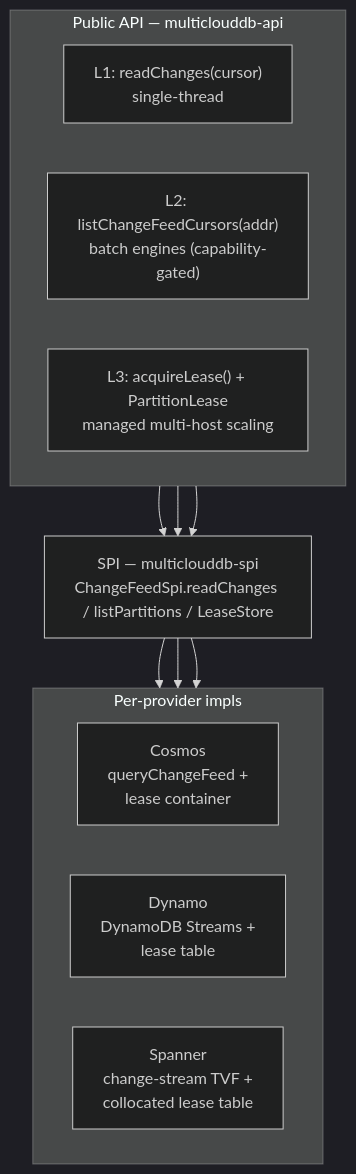
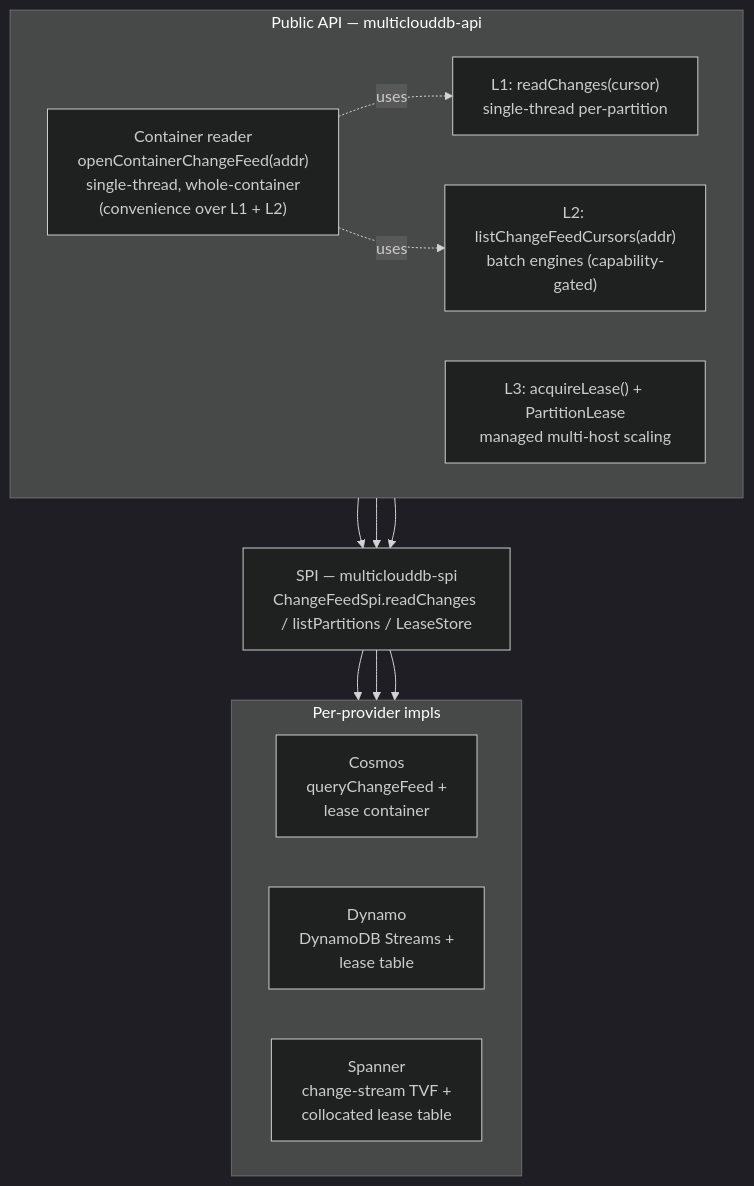
One commit to allenkim0129/multiclouddb-sdk-for-java changed the first of 4 diagrams in docs/research/scalable-change-feed-api.md. Above: the diagram before and after it, drawn with Mermaid (dark theme). The commit also changed other lines of this file, not shown here.

First line of the commit message:
docs(research): reshape scalable change-feed doc for design review

````diff
--- a/docs/research/scalable-change-feed-api.md
+++ b/docs/research/scalable-change-feed-api.md
@@ -99,22 +133,25 @@
 ```mermaid
 flowchart TB
     subgraph PUB["Public API — multiclouddb-api"]
         direction LR
-        L1["L1: readChanges(cursor)<br/>single-thread"]
+        CR["Container reader<br/>openContainerChangeFeed(addr)<br/>single-thread, whole-container<br/>(convenience over L1 + L2)"]
+        L1["L1: readChanges(cursor)<br/>single-thread per-partition"]
         L2["L2: listChangeFeedCursors(addr)<br/>batch engines (capability-gated)"]
         L3["L3: acquireLease() + PartitionLease<br/>managed multi-host scaling"]
     end
     SPI["SPI — multiclouddb-spi<br/>ChangeFeedSpi.readChanges / listPartitions / LeaseStore"]
     subgraph IMPL["Per-provider impls"]
         direction LR
         Cos["Cosmos<br/>queryChangeFeed +<br/>lease container"]
         Dyn["Dynamo<br/>DynamoDB Streams +<br/>lease table"]
         Spa["Spanner<br/>change-stream TVF +<br/>collocated lease table"]
     end
+    CR -.->|uses| L1
+    CR -.->|uses| L2
     L1 --> SPI
     L2 --> SPI
     L3 --> SPI
     SPI --> Cos
     SPI --> Dyn
     SPI --> Spa
 ```
````
